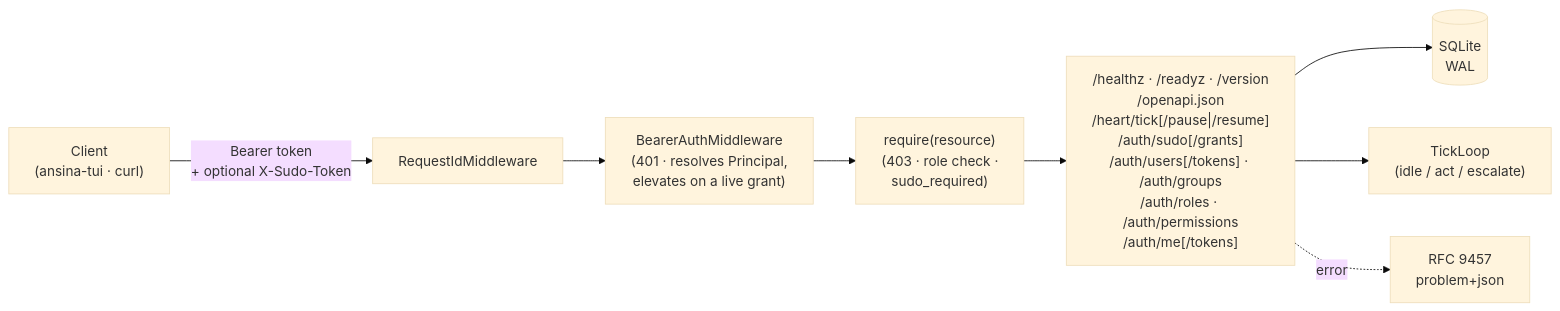
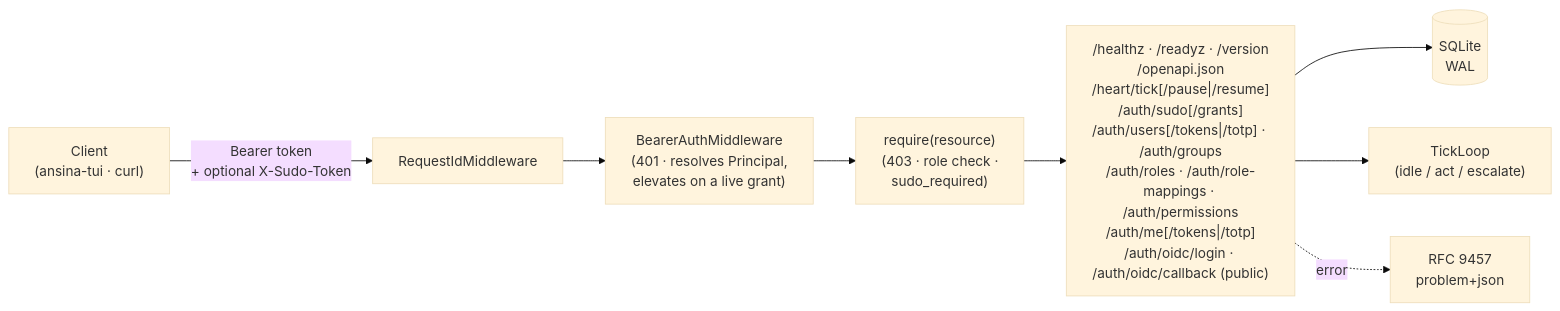
The first of 2 diagrams in README.md (giacchetta/ansina), drawn with Mermaid (base theme) before and after one commit. The commit also changed other lines of this file and 83 other files, not shown here.

````diff
--- a/README.md
+++ b/README.md
@@ -9,10 +9,10 @@
 ```mermaid
 flowchart LR
     Client["Client<br/>(ansina-tui · curl)"] -->|Bearer token<br/>+ optional X-Sudo-Token| MW["RequestIdMiddleware"]
     MW --> Auth["BearerAuthMiddleware<br/>(401 · resolves Principal,<br/>elevates on a live grant)"]
     Auth --> Authz["require(resource)<br/>(403 · role check ·<br/>sudo_required)"]
-    Authz --> Routes["/healthz · /readyz · /version<br/>/openapi.json<br/>/heart/tick[/pause|/resume]<br/>/auth/sudo[/grants]<br/>/auth/users[/tokens] · /auth/groups<br/>/auth/roles · /auth/permissions<br/>/auth/me[/tokens]"]
+    Authz --> Routes["/healthz · /readyz · /version<br/>/openapi.json<br/>/heart/tick[/pause|/resume]<br/>/auth/sudo[/grants]<br/>/auth/users[/tokens|/totp] · /auth/groups<br/>/auth/roles · /auth/role-mappings · /auth/permissions<br/>/auth/me[/tokens|/totp]<br/>/auth/oidc/login · /auth/oidc/callback (public)"]
     Routes --> DB[("SQLite<br/>WAL")]
     Routes --> Tick["TickLoop<br/>(idle / act / escalate)"]
     Routes -.error.-> Problem["RFC 9457<br/>problem+json"]
 ```
````
